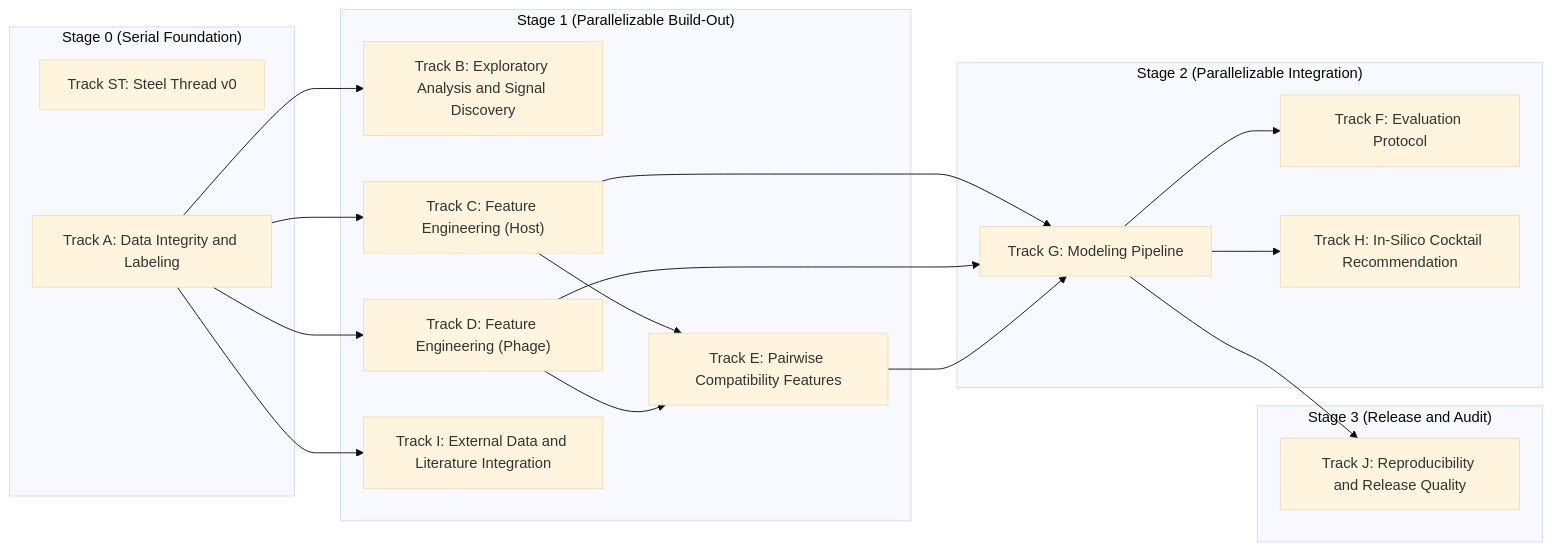
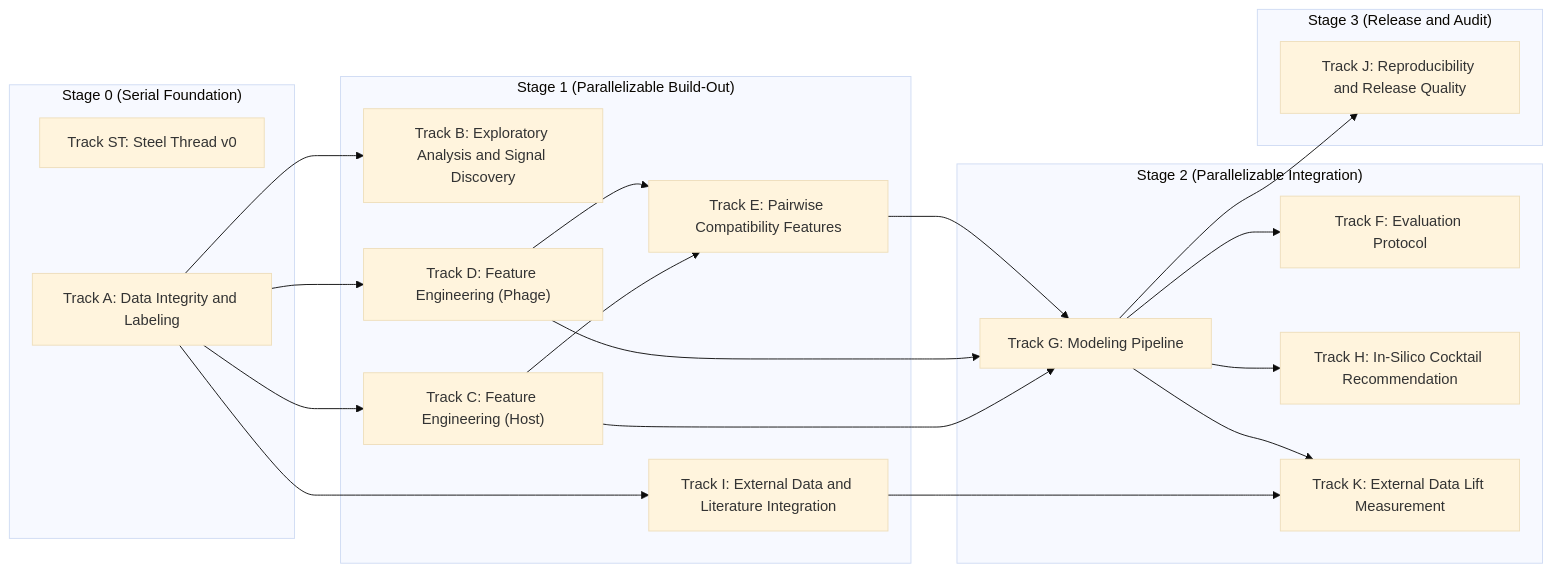
The diagram in lyzortx/research_notes/PLAN.md (LorenaDerezanin/coli_phage_interactions_2023), drawn with Mermaid (base theme) before and after one commit. The commit also changed other lines of this file and 4 other files, not shown here.

First line of the commit message:
Add TG12, Track K (per-source external data lift), update replan skill (#202)

````diff
--- a/lyzortx/research_notes/PLAN.md
+++ b/lyzortx/research_notes/PLAN.md
@@ -7,38 +7,41 @@
 ```mermaid
 graph LR
   subgraph s0["Stage 0 (Serial Foundation)"]
     tst["Track ST: Steel Thread v0"]
     ta["Track A: Data Integrity and Labeling"]
   end
 
   subgraph s1["Stage 1 (Parallelizable Build-Out)"]
     tb["Track B: Exploratory Analysis and Signal Discovery"]
     tc["Track C: Feature Engineering (Host)"]
     td["Track D: Feature Engineering (Phage)"]
     te["Track E: Pairwise Compatibility Features"]
     ti["Track I: External Data and Literature Integration"]
   end
 
   subgraph s2["Stage 2 (Parallelizable Integration)"]
     tf["Track F: Evaluation Protocol"]
     tg["Track G: Modeling Pipeline"]
     th["Track H: In-Silico Cocktail Recommendation"]
+    tk["Track K: External Data Lift Measurement"]
   end
 
   subgraph s3["Stage 3 (Release and Audit)"]
     tj["Track J: Reproducibility and Release Quality"]
   end
 
   ta --> tb
   ta --> tc
   ta --> td
   tc --> te
   td --> te
   tg --> tf
   tc --> tg
   td --> tg
   te --> tg
   tg --> th
   ta --> ti
+  ti --> tk
+  tg --> tk
   tg --> tj
 ```
````
